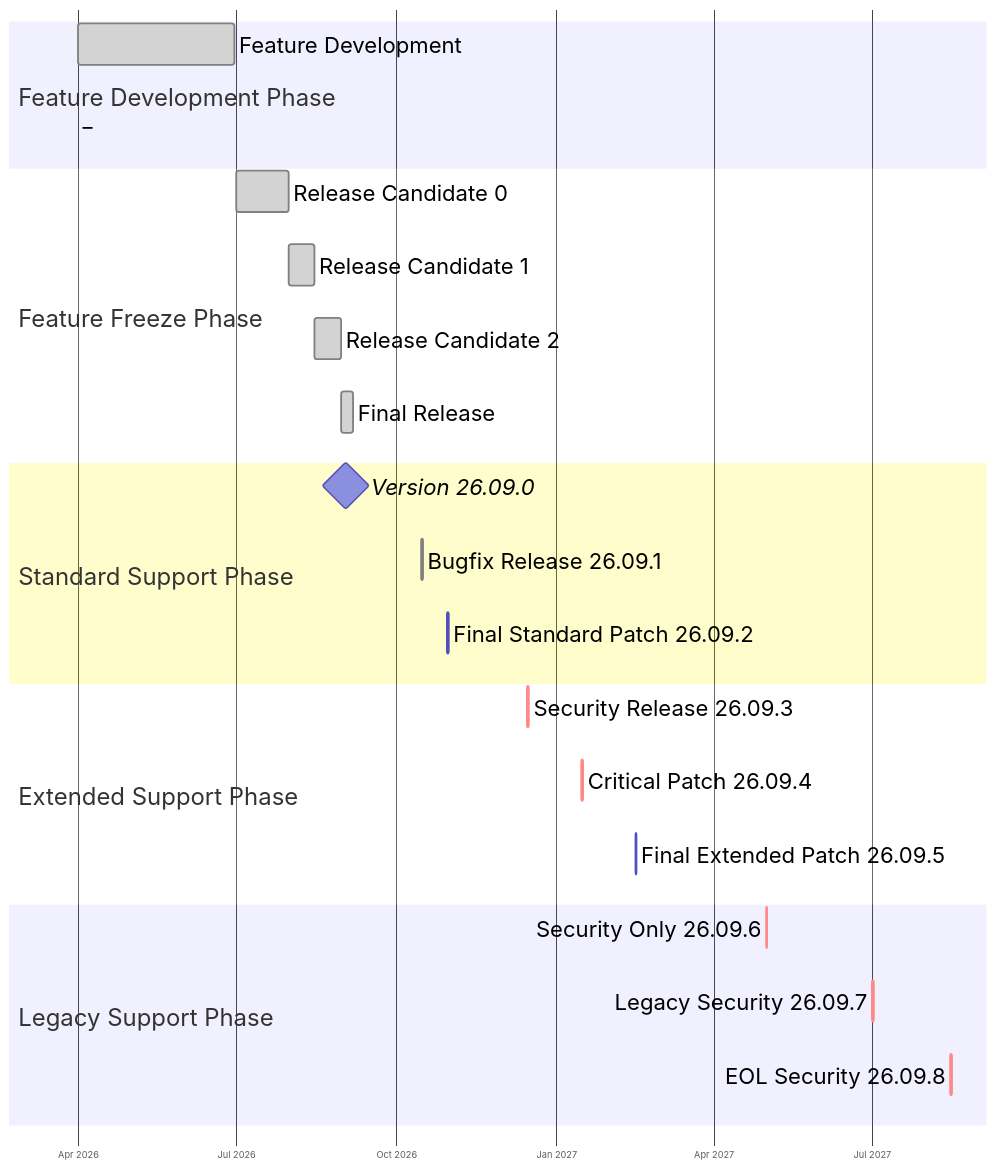
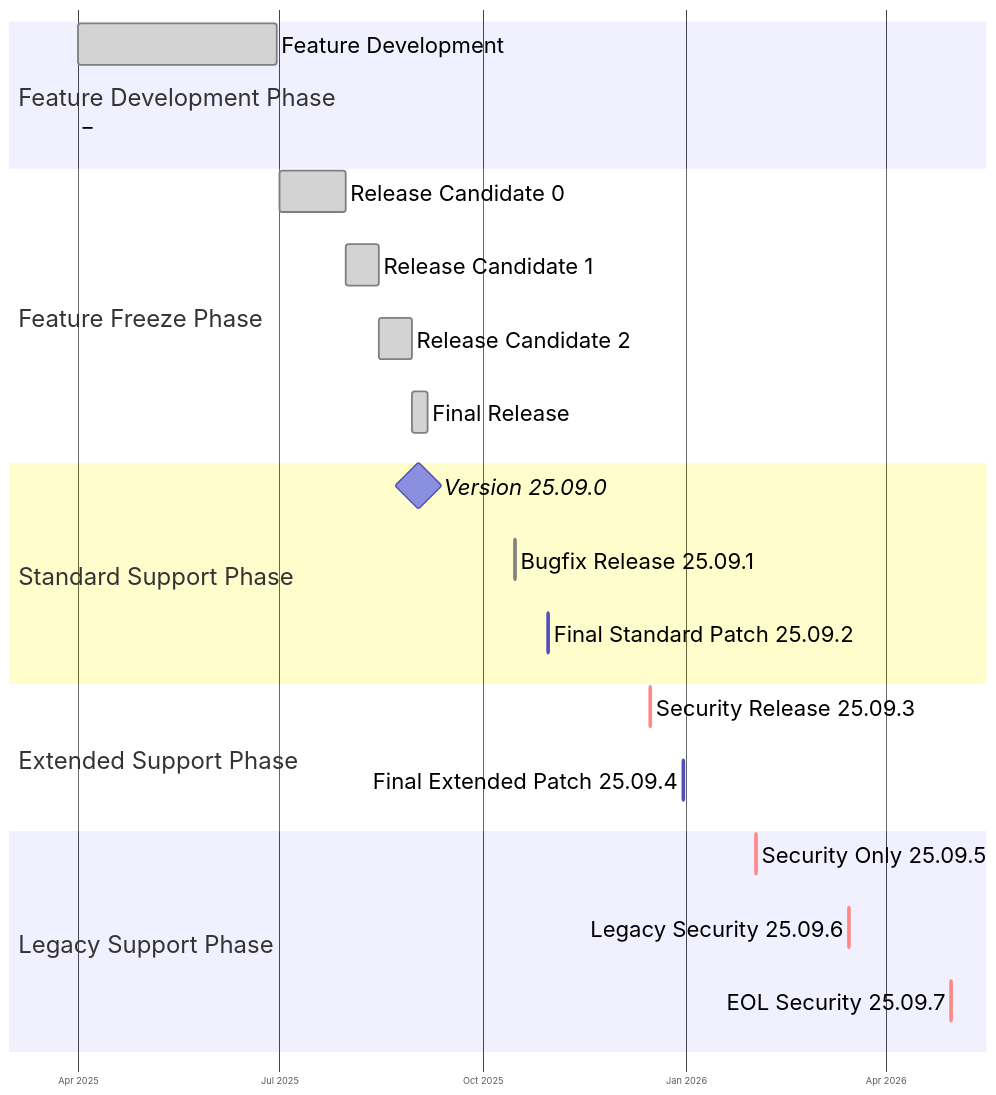
One commit to sequentech/step changed the third of 4 diagrams in docs/docusaurus/docs/reference/product_lifecycle_and_release_cadence.md. Above: the diagram before and after it, drawn with Mermaid. The commit also changed other lines of this file, not shown here.

````diff
--- a/docs/docusaurus/docs/reference/product_lifecycle_and_release_cadence.md
+++ b/docs/docusaurus/docs/reference/product_lifecycle_and_release_cadence.md
@@ -322,70 +322,69 @@
 ```mermaid
 ---
 config:
     logLevel: 'debug'
     theme: 'default'
     themeCSS: " \n
         .taskText { font-size: 14px; font-weight: 500; }
         rect[id^=feat_dev] { fill: #2de8b9; stroke-width: 3px; stroke: #2de8b9; }
         text[id^=feat_dev] { fill: #0f054c !important; font-size: 20px; font-weight: 600; }
         text[id^=feat_blank] { opacity: 0; }
         rect[id^=rc_] { fill: #ff9500; stroke-width: 3px; stroke: #cc7700; }
         text[id^=rc_] { fill: #0f054c !important; font-size: 20px; font-weight: 600; }
         rect[id^=final_] { fill: #0f054c; stroke-width: 4px; stroke: #0a0339; }
         text[id^=final_] { fill: #0f054c !important; font-size: 22px; font-weight: 700; }
         rect[id^=patch_] { fill: #2de8b9; stroke-width: 3px; stroke: #24c7a0; }
         text[id^=patch_] { fill: #0f054c !important; font-size: 20px; font-weight: 600; }
         rect[id^=security_] { fill: #e63946; stroke-width: 4px; stroke: #d62828; }
         text[id^=security_] { fill: #0f054c !important; font-size: 20px; font-weight: 700; }
         .sectionTitle { stroke: white; paint-order: stroke fill; fill: #0f054c; stroke-width: 8px; font-size: 28px; }
         g[class=tick] text { font-size: 18px; }
 
         /*** section backgrounds ***/
         .section0 { fill: #2de8b9; opacity: 0.2; }
         .section1 { fill: #ff9500; opacity: 0.2; }
         .section2 { fill: #6666ff7d; opacity: 0.5; }
         .section3 { fill: #fff400; opacity: 0.2; stroke: none; }
         .section4 { fill: #ffcccc; opacity: 0.3; }
     "
 ---
 %%{init:
     {
         "gantt": {
             "sectionFontSize": 26,
             "fontSize": 24,
             "barGap": 35,
             "barHeight": 45,
             "topPadding": 70
         }
     }
 }%%
 gantt
     dateFormat  YYYY-MM-DD
     axisFormat  %b %Y
     tickInterval 3month
     
     section Feature Development Phase
-    Feature Development     :done, feat_dev, 2026-04-01, 90d
-    _                        :done, feat_blank, 2026-04-01, 0
+    Feature Development     :done, feat_dev, 2025-04-01, 90d
+    _                        :done, feat_blank, 2025-04-01, 0
     
     section Feature Freeze Phase
-    Release Candidate 0     :done, rc_0, 2026-07-01, 30d
+    Release Candidate 0     :done, rc_0, 2025-07-01, 30d
     Release Candidate 1     :done, rc_1, after rc_0, 15d
     Release Candidate 2     :done, rc_2, after rc_1, 15d
     Final Release           :done, final_release, after rc_2, 7d
 
     section Standard Support Phase
-    Version 26.09.0         :milestone, 2026-09-02, 0d
-    Bugfix Release 26.09.1  :done, patch_1, 2026-10-15, 1d
-    Final Standard Patch 26.09.2 :active, patch_2, 2026-10-30, 1d
+    Version 25.09.0         :milestone, 2025-09-02, 0d
+    Bugfix Release 25.09.1  :done, patch_1, 2025-10-15, 1d
+    Final Standard Patch 25.09.2 :active, patch_2, 2025-10-30, 1d
     
     section Extended Support Phase
-    Security Release 26.09.3 :crit, sec3, 2026-12-15, 1d
-    Critical Patch 26.09.4   :crit, patch_4, 2027-01-15, 1d
-    Final Extended Patch 26.09.5 :active, patch_5, 2027-02-15, 1d
+    Security Release 25.09.3 :crit, sec3, 2025-12-15, 1d
+    Final Extended Patch 25.09.4 :active, patch_4, 2025-12-30, 1d
     
     section Legacy Support Phase
-    Security Only 26.09.6    :crit, sec6, 2027-05-01, 1d
-    Legacy Security 26.09.7   :crit, sec7, 2027-07-01, 1d
-    EOL Security 26.09.8     :crit, sec8, 2027-08-15, 1d
+    Security Only 25.09.5    :crit, sec5, 2026-02-01, 1d
+    Legacy Security 25.09.6   :crit, sec6, 2026-03-15, 1d
+    EOL Security 25.09.7     :crit, sec7, 2026-04-30, 1d
 ```
````
